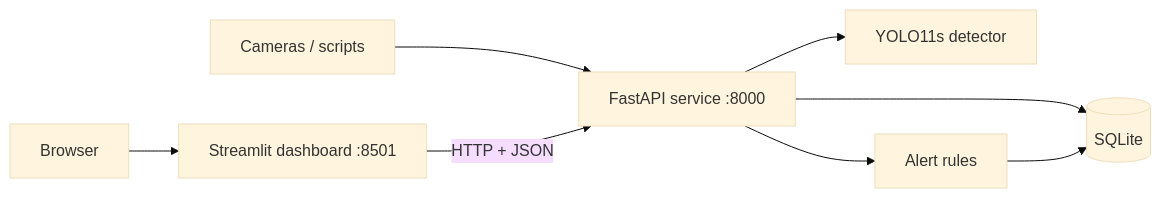
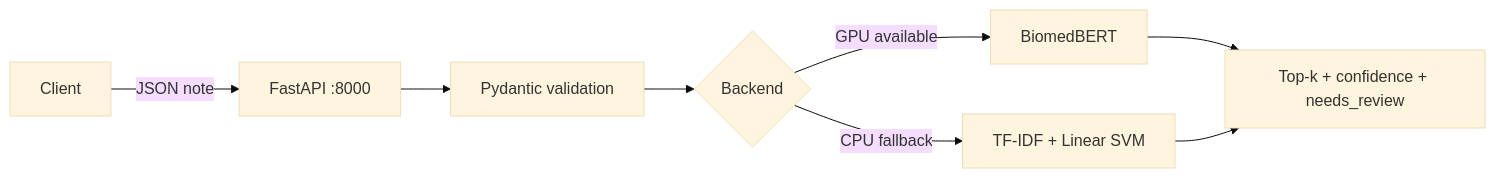
The diagram in README.md (rakshitha-hm/medical-text-classifier), drawn with Mermaid (base theme) before and after one commit. The commit also changed other lines of this file, not shown here.

````diff
--- a/README.md
+++ b/README.md
@@ -35,10 +54,10 @@
 ```mermaid
 flowchart LR
-    U[Browser] --> D[Streamlit dashboard :8501]
-    C[Cameras / scripts] --> A
-    D -->|HTTP + JSON| A[FastAPI service :8000]
-    A --> M[YOLO11s detector]
-    A --> R[Alert rules]
-    A --> DB[(SQLite)]
-    R --> DB
+    C[Client] -->|JSON note| A[FastAPI :8000]
+    A --> V[Pydantic validation]
+    V --> S{Backend}
+    S -->|GPU available| B[BiomedBERT]
+    S -->|CPU fallback| T[TF-IDF + Linear SVM]
+    B --> R[Top-k + confidence + needs_review]
+    T --> R
 ```
````
